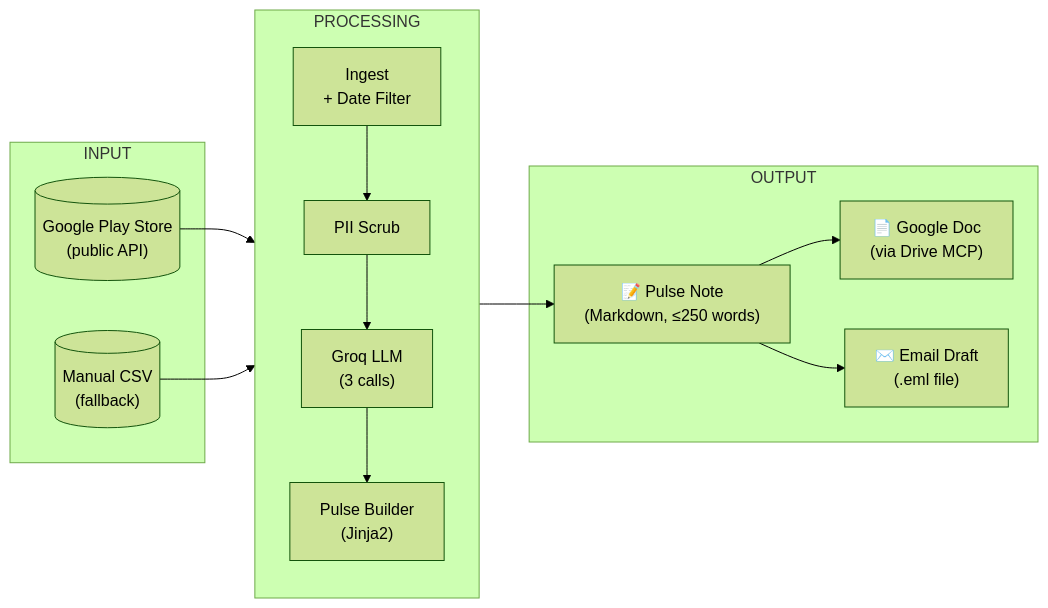
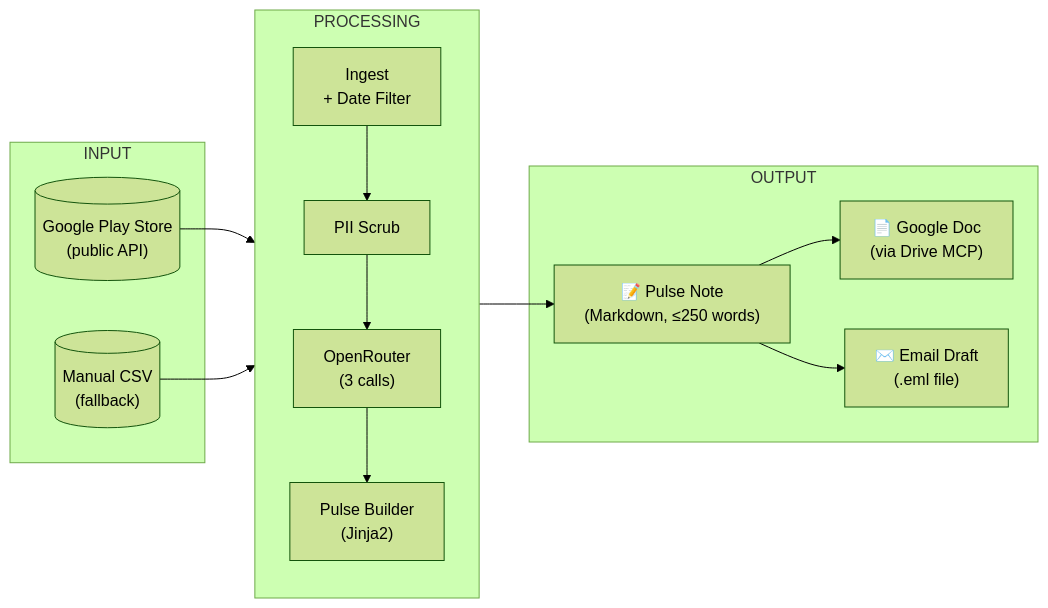
Before and after one commit to Joeyrazor291/INDMoney_Weekly_Pulse_Generator: the eighth of 8 diagrams in architecture.md, drawn with Mermaid (forest theme). The commit also changed other lines of this file and 1 other file, not shown here.

Commit message:
docs: Remove Groq and update LLM architecture to OpenRouter

````diff
--- a/architecture.md
+++ b/architecture.md
@@ -826,29 +760,29 @@
 ```mermaid
 flowchart LR
     subgraph "INPUT"
         PS[("Google Play Store\n(public API)")]
         CSV[("Manual CSV\n(fallback)")]
     end
 
     subgraph "PROCESSING"
         direction TB
         ING["Ingest\n+ Date Filter"]
         PII["PII Scrub"]
-        LLM["Groq LLM\n(3 calls)"]
+        LLM["OpenRouter\n(3 calls)"]
         BUILD["Pulse Builder\n(Jinja2)"]
 
         ING --> PII --> LLM --> BUILD
     end
 
     subgraph "OUTPUT"
         NOTE["📝 Pulse Note\n(Markdown, ≤250 words)"]
         GDOC["📄 Google Doc\n(via Drive MCP)"]
         EML["✉️ Email Draft\n(.eml file)"]
     end
 
     PS --> ING
     CSV --> ING
     BUILD --> NOTE
     NOTE --> GDOC
     NOTE --> EML
 ```
````
